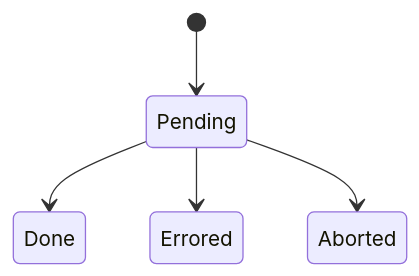
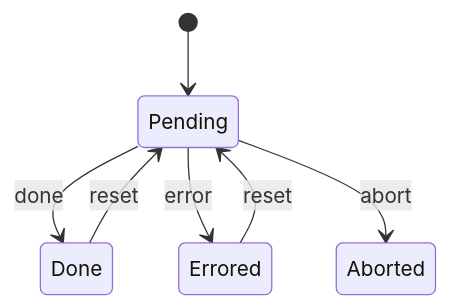
Before and after one commit to bubblydoo/react-done-tracker: the first of 2 diagrams in README.md, drawn with Mermaid. The commit also changed other lines of this file and 24 other files, not shown here.

Commit message:
Add reset to done trackers

````diff
--- a/README.md
+++ b/README.md
@@ -48,7 +48,9 @@
 ```mermaid
 stateDiagram-v2
     [*] --> Pending
-    Pending --> Done
-    Pending --> Errored
-    Pending --> Aborted
+    Pending --> Done: done
+    Done --> Pending: reset
+    Pending --> Errored: error
+    Errored --> Pending: reset
+    Pending --> Aborted: abort
 ```
````
